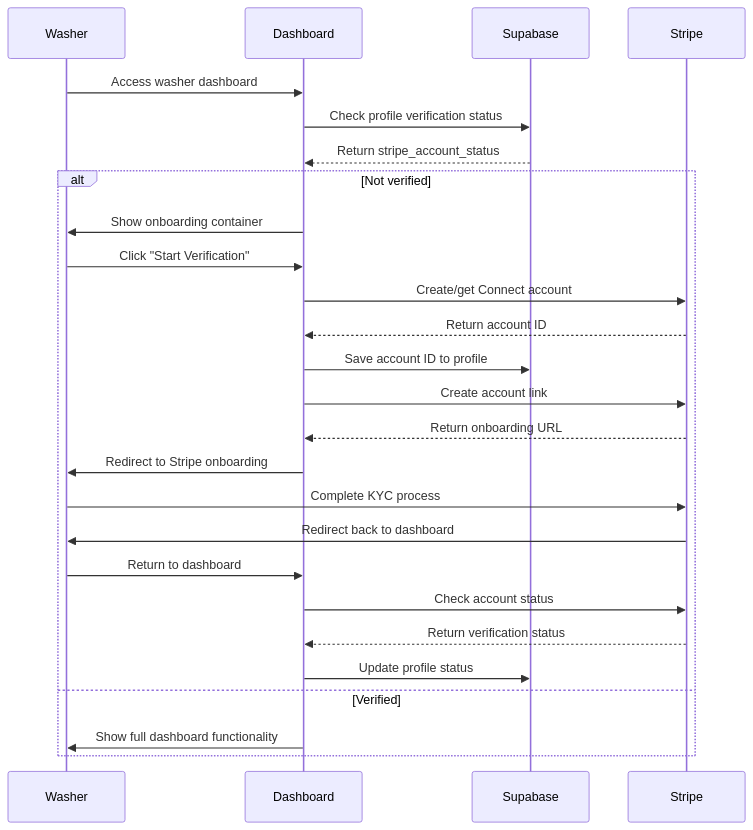
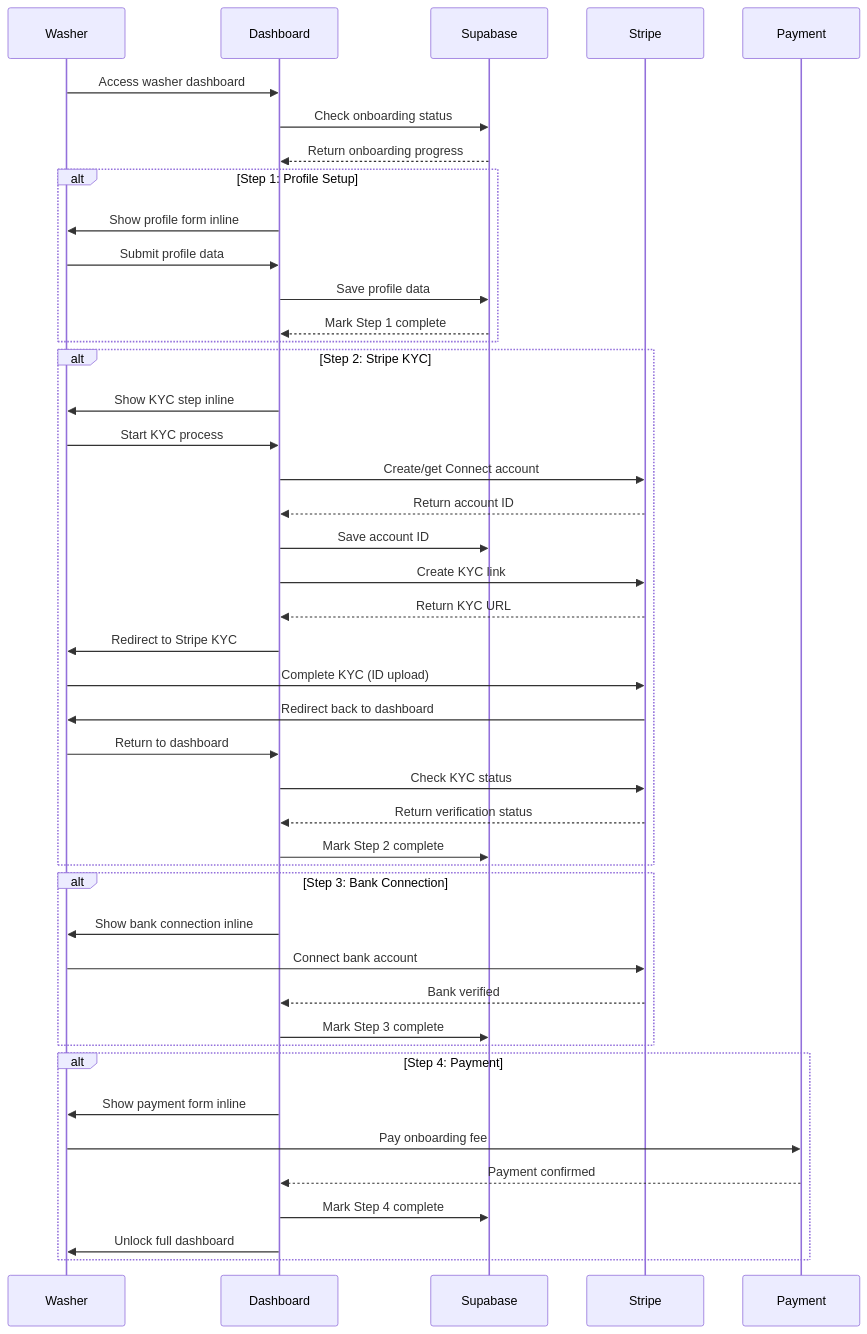
One commit to devjoe1991/neighbourhood-wash changed the diagram in .kiro/specs/washer-stripe-kyc-onboarding/design.md. Above: the diagram before and after it, drawn with Mermaid. The commit also changed other lines of this file and 58 other files, not shown here.

````diff
--- a/.kiro/specs/washer-stripe-kyc-onboarding/design.md
+++ b/.kiro/specs/washer-stripe-kyc-onboarding/design.md
@@ -11,30 +11,51 @@
 ```mermaid
 sequenceDiagram
     participant W as Washer
     participant D as Dashboard
     participant S as Supabase
     participant ST as Stripe
+    participant P as Payment
     
     W->>D: Access washer dashboard
-    D->>S: Check profile verification status
-    S-->>D: Return stripe_account_status
+    D->>S: Check onboarding status
+    S-->>D: Return onboarding progress
     
-    alt Not verified
-        D->>W: Show onboarding container
-        W->>D: Click "Start Verification"
+    alt Step 1: Profile Setup
+        D->>W: Show profile form inline
+        W->>D: Submit profile data
+        D->>S: Save profile data
+        S-->>D: Mark Step 1 complete
+    end
+    
+    alt Step 2: Stripe KYC
+        D->>W: Show KYC step inline
+        W->>D: Start KYC process
         D->>ST: Create/get Connect account
         ST-->>D: Return account ID
-        D->>S: Save account ID to profile
-        D->>ST: Create account link
-        ST-->>D: Return onboarding URL
-        D->>W: Redirect to Stripe onboarding
-        W->>ST: Complete KYC process
+        D->>S: Save account ID
+        D->>ST: Create KYC link
+        ST-->>D: Return KYC URL
+        D->>W: Redirect to Stripe KYC
+        W->>ST: Complete KYC (ID upload)
         ST->>W: Redirect back to dashboard
         W->>D: Return to dashboard
-        D->>ST: Check account status
+        D->>ST: Check KYC status
         ST-->>D: Return verification status
-        D->>S: Update profile status
-    else Verified
-        D->>W: Show full dashboard functionality
+        D->>S: Mark Step 2 complete
+    end
+    
+    alt Step 3: Bank Connection
+        D->>W: Show bank connection inline
+        W->>ST: Connect bank account
+        ST-->>D: Bank verified
+        D->>S: Mark Step 3 complete
+    end
+    
+    alt Step 4: Payment
+        D->>W: Show payment form inline
+        W->>P: Pay onboarding fee
+        P-->>D: Payment confirmed
+        D->>S: Mark Step 4 complete
+        D->>W: Unlock full dashboard
     end
 ```
````
